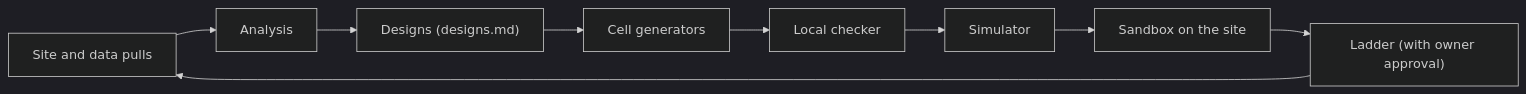
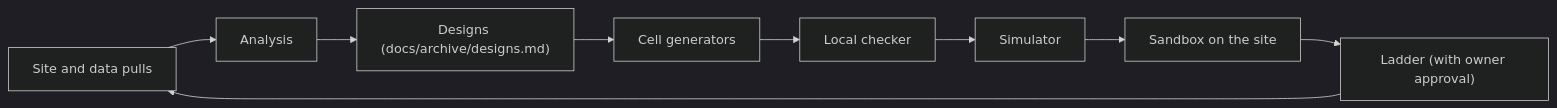
The diagram in architecture/overview.md (avarice-dev/AI-CellHack2), drawn with Mermaid (dark theme) before and after one commit. The commit also changed other lines of this file and 2 other files, not shown here.

````diff
--- a/architecture/overview.md
+++ b/architecture/overview.md
@@ -76,11 +74,11 @@
 ```mermaid
 flowchart LR
     S["Site and data pulls"] --> A["Analysis"]
-    A --> D["Designs (designs.md)"]
+    A --> D["Designs (docs/archive/designs.md)"]
     D --> G["Cell generators"]
     G --> C["Local checker"]
     C --> M["Simulator"]
     M --> B["Sandbox on the site"]
     B --> L["Ladder (with owner approval)"]
     L --> S
 ```
````
